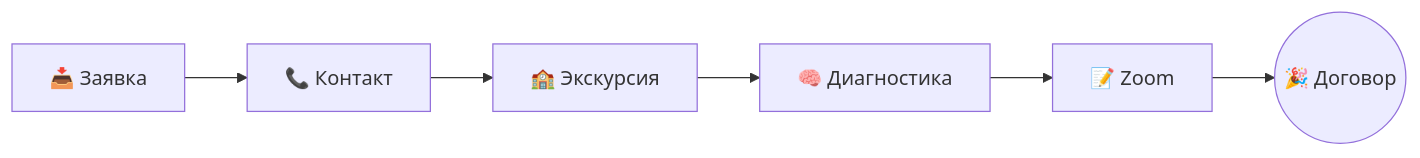
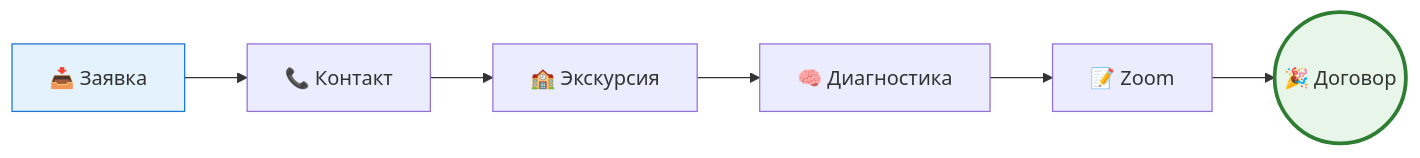
Before and after one commit to oakovw/tv-mplan-school-sheme: the diagram in readme.md, drawn with Mermaid. The commit also changed other lines of this file and 1 other file, not shown here.

````diff
--- a/readme.md
+++ b/readme.md
@@ -8,8 +8,11 @@
 ```mermaid
 flowchart LR
     A[📥 Заявка] --> B[📞 Контакт]
     B --> C[🏫 Экскурсия]
     C --> D[🧠 Диагностика]
     D --> E[📝 Zoom]
     E --> F((🎉 Договор))
+    
+    style A fill:#e3f2fd,stroke:#1976d2
+    style F fill:#e8f5e9,stroke:#2e7d32,stroke-width:3px
 ```
````
